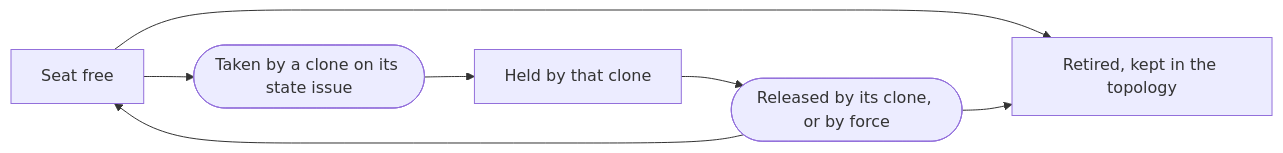
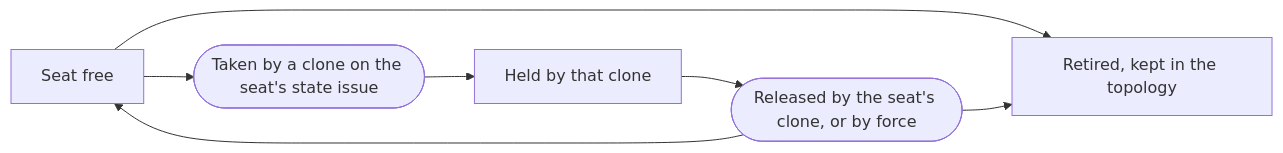
Before and after one commit to aleskalfas/project-kit: the third of 3 diagrams in tech-docs/analysis/project-management/domain-model/060-parallel-work.md, drawn with Mermaid. The commit also changed other lines of this file and 9 other files, not shown here.

````diff
--- a/tech-docs/analysis/project-management/domain-model/060-parallel-work.md
+++ b/tech-docs/analysis/project-management/domain-model/060-parallel-work.md
@@ -99,11 +99,11 @@
 ```mermaid
 flowchart LR
   accTitle: How a seat is taken and released
   accDescr: A seat is free until a clone takes the seat on the seat's state issue, where the first taking of a free seat holds. The clone holds the seat until the clone releases the seat, or until a release by force. A seat retired from the topology stays in the topology's list, and a seat retired while held is released first.
-  free[Seat free] --> taken([Taken by a clone on its state issue])
+  free[Seat free] --> taken([Taken by a clone on the seat's state issue])
   taken --> held[Held by that clone]
-  held --> released([Released by its clone, or by force])
+  held --> released([Released by the seat's clone, or by force])
   released --> free
   free --> retired[Retired, kept in the topology]
   released --> retired
 ```
````
